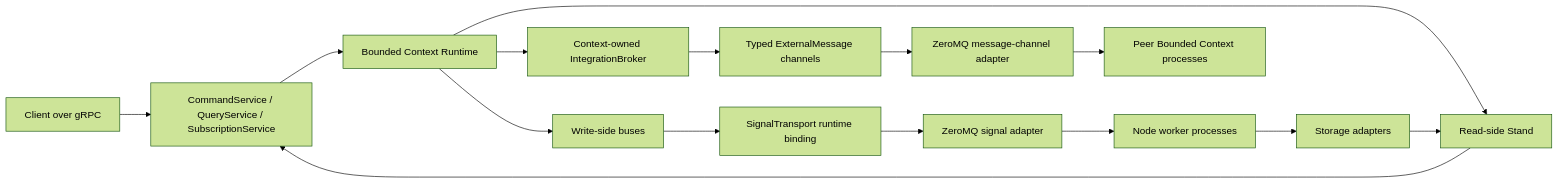
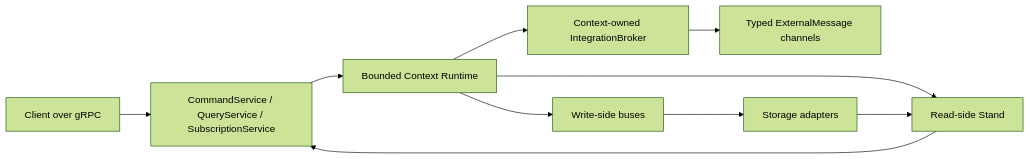
One commit to SpineEventEngine/spine-ts changed the diagram in build-protocol/TECHNICAL_SPEC.md. Above: the diagram before and after it, drawn with Mermaid (forest theme). The commit also changed other lines of this file, not shown here.

Commit message:
docs: remove retired transport specification

````diff
--- a/build-protocol/TECHNICAL_SPEC.md
+++ b/build-protocol/TECHNICAL_SPEC.md
@@ -261,17 +261,12 @@
 ```mermaid
 flowchart LR
   Client["Client over gRPC"] --> Services["CommandService / QueryService / SubscriptionService"]
   Services --> Runtime["Bounded Context Runtime"]
   Runtime --> WriteBus["Write-side buses"]
   Runtime --> ReadSide["Read-side Stand"]
-  WriteBus --> Signal["SignalTransport runtime binding"]
   Runtime --> Integration["Context-owned IntegrationBroker"]
   Integration --> Channels["Typed ExternalMessage channels"]
-  Signal --> ZeroMQ["ZeroMQ signal adapter"]
-  Channels --> ZeroMQChannels["ZeroMQ message-channel adapter"]
-  ZeroMQ --> Workers["Node worker processes"]
-  ZeroMQChannels --> Peers["Peer Bounded Context processes"]
-  Workers --> Storage["Storage adapters"]
+  WriteBus --> Storage["Storage adapters"]
   Storage --> ReadSide
   ReadSide --> Services
 ```
````
